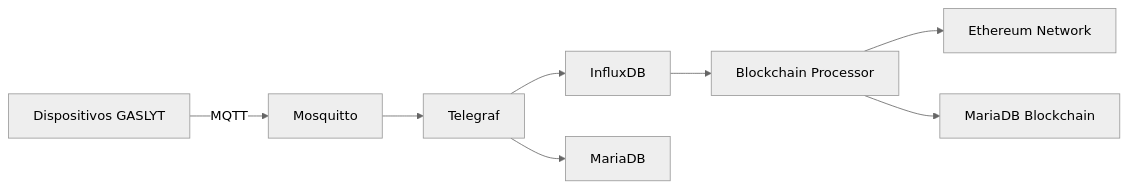
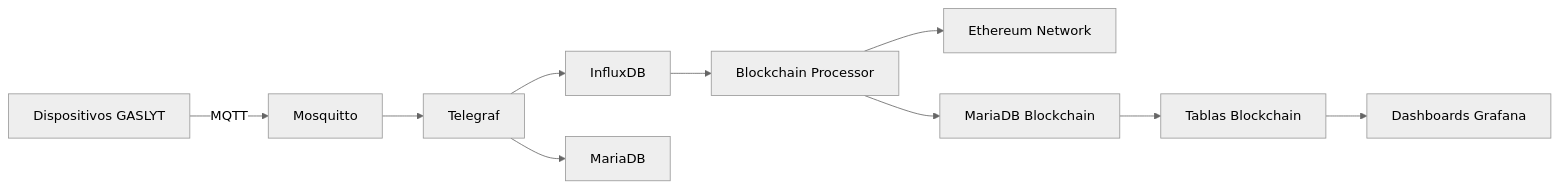
Before and after one commit to ISPC-Opalo/Sistemas-Ciberfisicos: the diagram in C prototipo/BackEnd General/README.md, drawn with Mermaid (neutral theme). The commit also changed other lines of this file and 5 other files, not shown here.

````diff
--- a/C prototipo/BackEnd General/README.md
+++ b/C prototipo/BackEnd General/README.md
@@ -95,10 +139,12 @@
 ```mermaid
 graph LR
     A[Dispositivos GASLYT] -->|MQTT| B[Mosquitto]
     B --> C[Telegraf]
     C --> D[InfluxDB]
     C --> E[MariaDB]
     D --> F[Blockchain Processor]
     F --> G[Ethereum Network]
     F --> H[MariaDB Blockchain]
+    H --> I[Tablas Blockchain]
+    I --> J[Dashboards Grafana]
 ```
````
